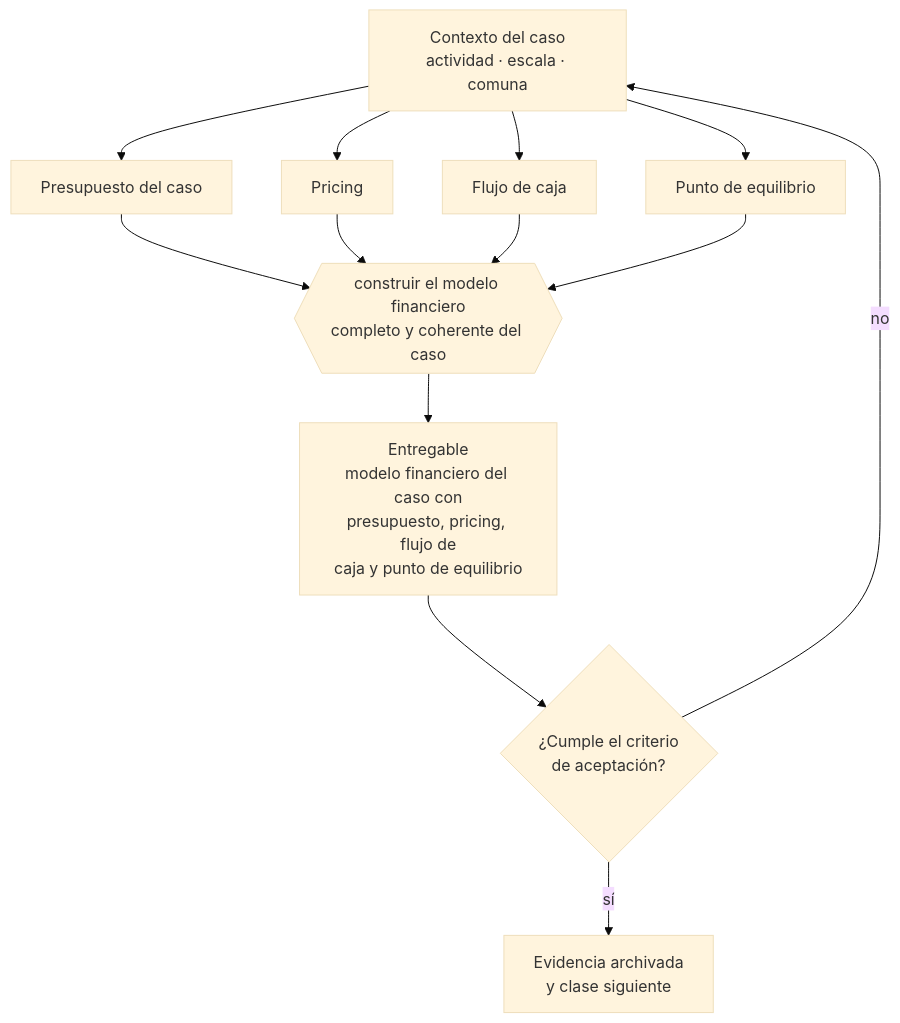
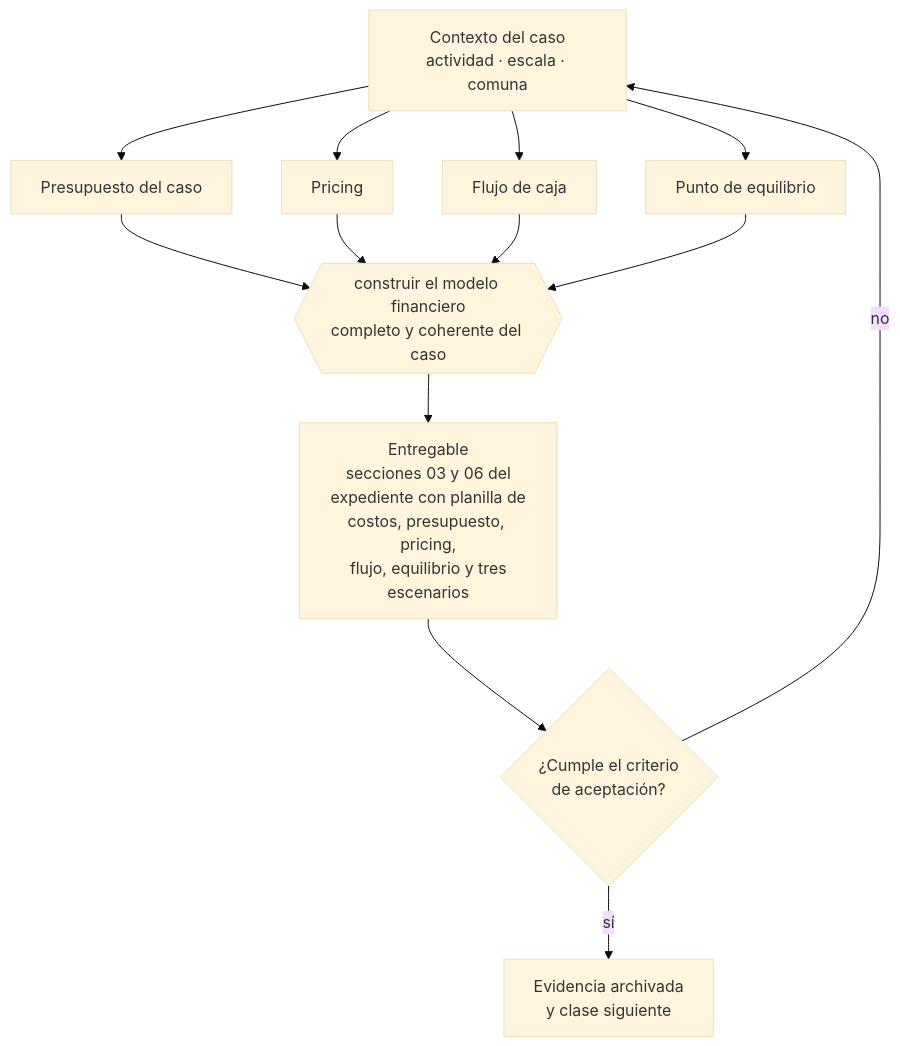
Before and after one commit to vladimiracunadev-create/modern-business-creation-program: the diagram in curriculum/part-24-capstone-construir-una-empresa-de-comienzo-a-fin/class-07-construir-presupuesto-pricing-y-flujo-de-caja/README.md, drawn with Mermaid (base theme). The commit also changed other lines of this file and 48 other files, not shown here.

````diff
--- a/curriculum/part-24-capstone-construir-una-empresa-de-comienzo-a-fin/class-07-construir-presupuesto-pricing-y-flujo-de-caja/README.md
+++ b/curriculum/part-24-capstone-construir-una-empresa-de-comienzo-a-fin/class-07-construir-presupuesto-pricing-y-flujo-de-caja/README.md
@@ -34,13 +34,13 @@
 ```mermaid
 flowchart TB
     C["Contexto del caso<br/>actividad · escala · comuna"]
     C --> A1["Presupuesto del caso"]
     C --> A2["Pricing"]
     C --> A3["Flujo de caja"]
     C --> A4["Punto de equilibrio"]
     A1 & A2 & A3 & A4 --> D{{"construir el modelo financiero<br/>completo y coherente del caso"}}
-    D --> E["Entregable<br/>modelo financiero del caso con<br/>presupuesto, pricing, flujo de<br/>caja y punto de equilibrio"]
+    D --> E["Entregable<br/>secciones 03 y 06 del<br/>expediente con planilla de<br/>costos, presupuesto, pricing,<br/>flujo, equilibrio y tres<br/>escenarios"]
     E --> V{"¿Cumple el criterio<br/>de aceptación?"}
     V -->|sí| S["Evidencia archivada<br/>y clase siguiente"]
     V -->|no| C
 ```
````
